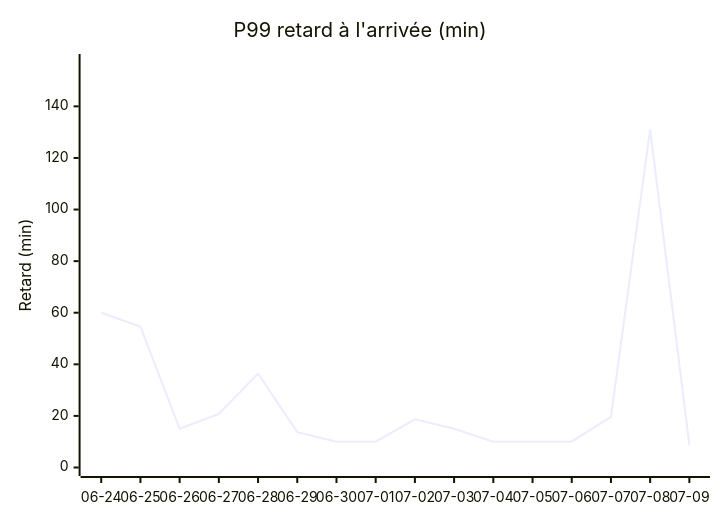
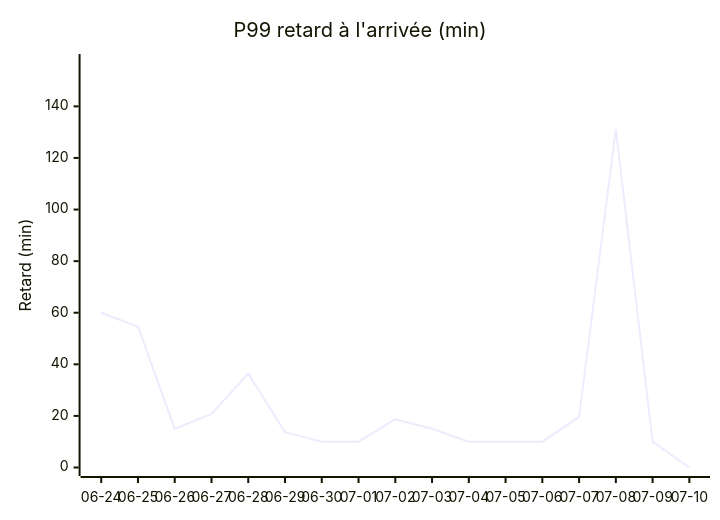
One commit to antoinerep/horaire-ter changed the second of 4 diagrams in STATS.md. Above: the diagram before and after it, drawn with Mermaid. The commit also changed other lines of this file and 1 other file, not shown here.

````diff
--- a/STATS.md
+++ b/STATS.md
@@ -39,7 +39,7 @@
 ```mermaid
 xychart-beta
     title "P99 retard à l'arrivée (min)"
-    x-axis ["06-24", "06-25", "06-26", "06-27", "06-28", "06-29", "06-30", "07-01", "07-02", "07-03", "07-04", "07-05", "07-06", "07-07", "07-08", "07-09"]
+    x-axis ["06-24", "06-25", "06-26", "06-27", "06-28", "06-29", "06-30", "07-01", "07-02", "07-03", "07-04", "07-05", "07-06", "07-07", "07-08", "07-09", "07-10"]
     y-axis "Retard (min)" 0 --> 157
-    line [60.0, 54.6, 15.0, 20.8, 36.4, 13.7, 10.0, 10.0, 18.7, 15.0, 10.0, 10.0, 10.0, 19.6, 131.1, 8.7]
+    line [60.0, 54.6, 15.0, 20.8, 36.4, 13.7, 10.0, 10.0, 18.7, 15.0, 10.0, 10.0, 10.0, 19.6, 131.1, 10.0, 0.0]
 ```
````
